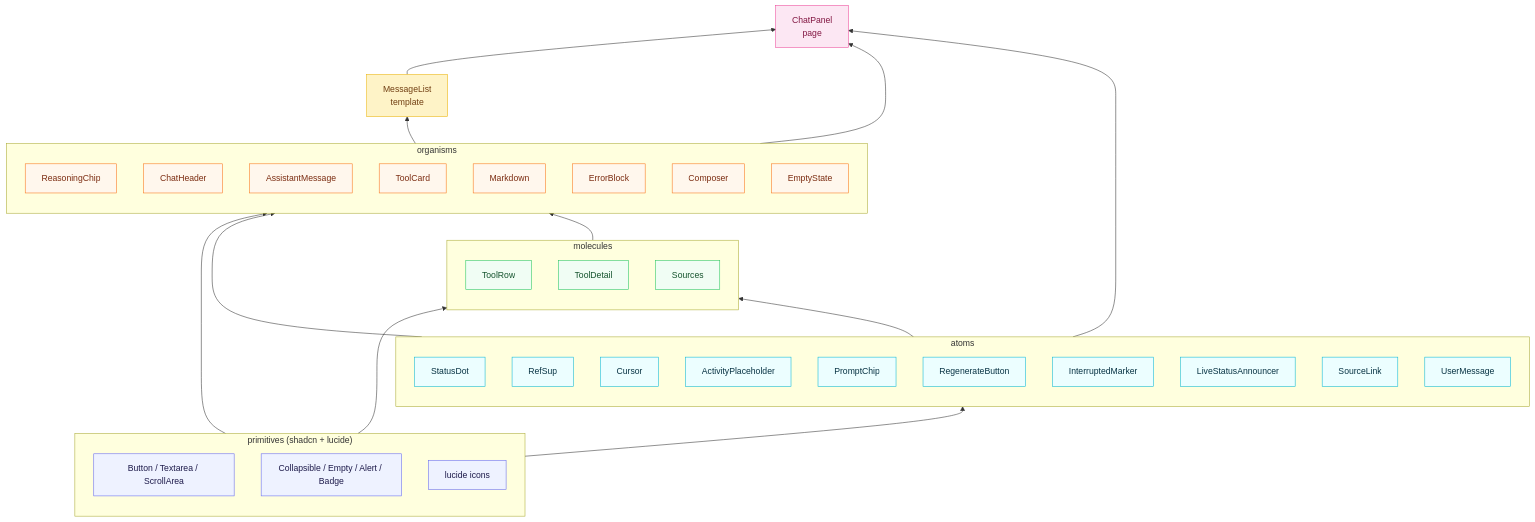
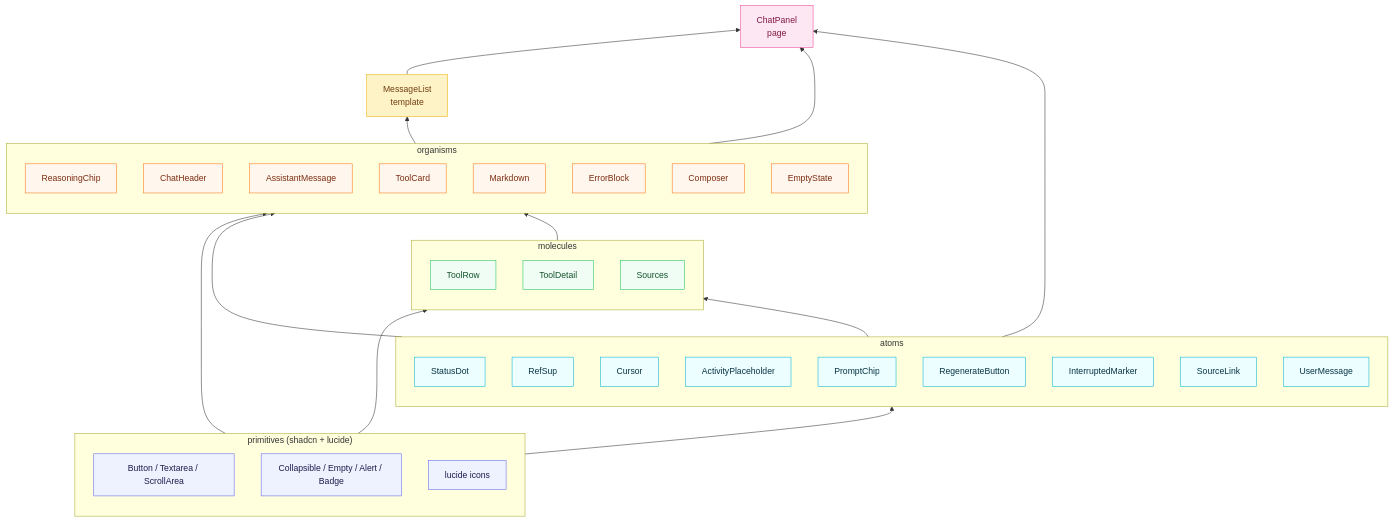
The first of 4 diagrams in docs/frontend_chat_architecture.md (wei-yiting/fin-lab-x), drawn with Mermaid before and after one commit. The commit also changed other lines of this file and 8 other files, not shown here.

````diff
--- a/docs/frontend_chat_architecture.md
+++ b/docs/frontend_chat_architecture.md
@@ -15,66 +15,65 @@
 ```mermaid
 flowchart BT
     subgraph primitives["primitives (shadcn + lucide)"]
         P1[Button / Textarea / ScrollArea]
         P2[Collapsible / Empty / Alert / Badge]
         P3[lucide icons]
     end
 
     subgraph atoms
         StatusDot
         RefSup
         Cursor
         ActivityPlaceholder
         PromptChip
         RegenerateButton
         InterruptedMarker
-        LiveStatusAnnouncer
         SourceLink
         UserMessage
     end
 
     subgraph molecules
         ToolRow
         ToolDetail
         Sources
     end
 
     subgraph organisms
         ReasoningChip
         ChatHeader
         AssistantMessage
         ToolCard
         Markdown
         ErrorBlock
         Composer
         EmptyState
     end
 
     MessageList[MessageList<br/>template]
     ChatPanel[ChatPanel<br/>page]
 
     primitives --> atoms
     primitives --> molecules
     primitives --> organisms
     atoms --> molecules
     atoms --> organisms
     molecules --> organisms
     organisms --> MessageList
     MessageList --> ChatPanel
     organisms --> ChatPanel
     atoms --> ChatPanel
 
     classDef primitiveCls fill:#eef2ff,stroke:#6366f1,color:#1e1b4b
     classDef atomCls fill:#ecfeff,stroke:#06b6d4,color:#083344
     classDef moleculeCls fill:#f0fdf4,stroke:#22c55e,color:#14532d
     classDef organismCls fill:#fff7ed,stroke:#f97316,color:#7c2d12
     classDef templateCls fill:#fef3c7,stroke:#eab308,color:#713f12
     classDef pageCls fill:#fce7f3,stroke:#ec4899,color:#831843
 
     class P1,P2,P3 primitiveCls
-    class StatusDot,RefSup,Cursor,ActivityPlaceholder,PromptChip,RegenerateButton,InterruptedMarker,LiveStatusAnnouncer,SourceLink,UserMessage atomCls
+    class StatusDot,RefSup,Cursor,ActivityPlaceholder,PromptChip,RegenerateButton,InterruptedMarker,SourceLink,UserMessage atomCls
     class ToolRow,ToolDetail,Sources moleculeCls
     class ReasoningChip,ChatHeader,AssistantMessage,ToolCard,Markdown,ErrorBlock,Composer,EmptyState organismCls
     class MessageList templateCls
     class ChatPanel pageCls
 ```
````
